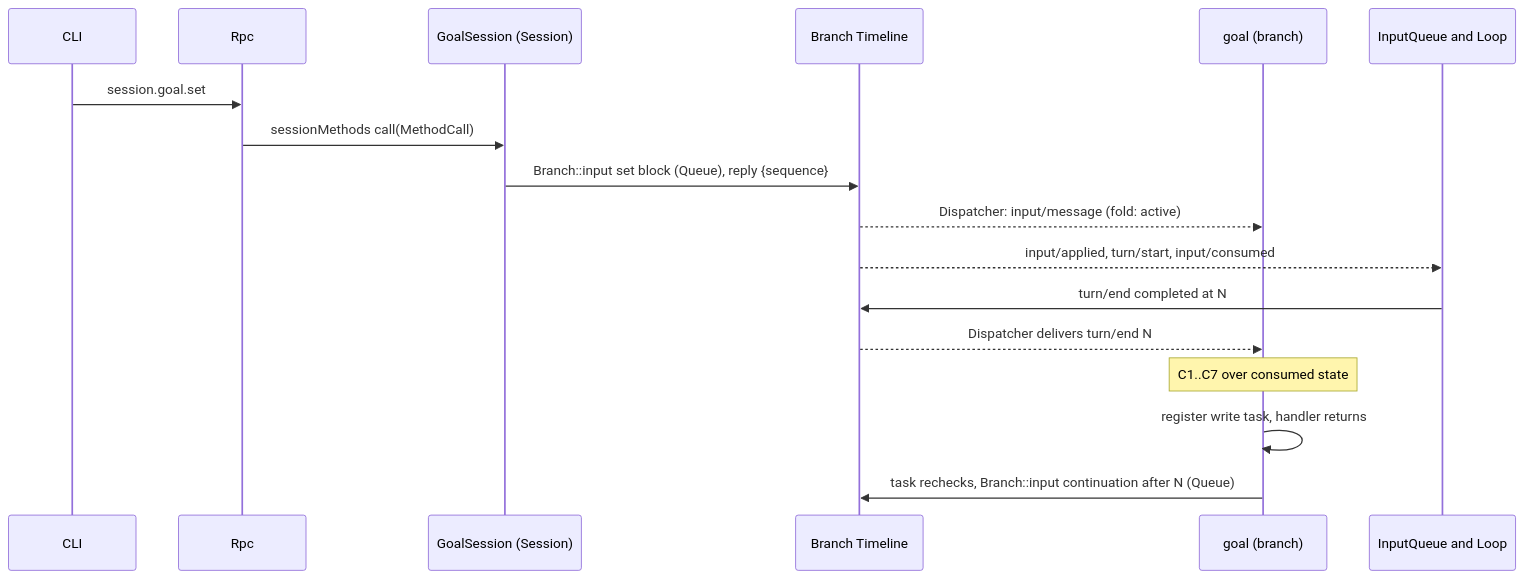
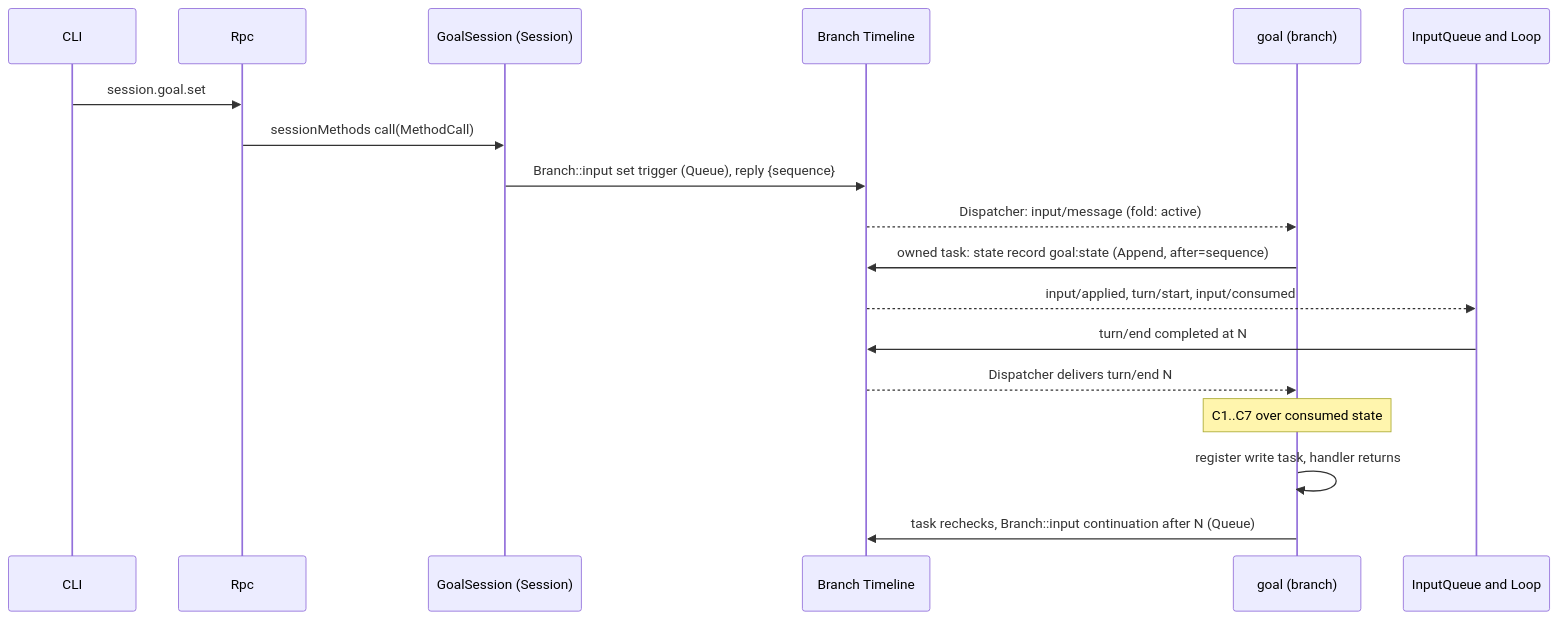
Before and after one commit to CoutinhoTTS/dim-agent: the third of 7 diagrams in docs/design/plugins/Goal.md, drawn with Mermaid. The commit also changed other lines of this file and 23 other files, not shown here.

````diff
--- a/docs/design/plugins/Goal.md
+++ b/docs/design/plugins/Goal.md
@@ -111,19 +118,20 @@
 ```mermaid
 sequenceDiagram
   participant CLI
   participant Rpc
   participant GS as GoalSession (Session)
   participant TL as Branch Timeline
   participant G as goal (branch)
   participant IQ as InputQueue and Loop
   CLI->>Rpc: session.goal.set
   Rpc->>GS: sessionMethods call(MethodCall)
-  GS->>TL: Branch::input set block (Queue), reply {sequence}
+  GS->>TL: Branch::input set trigger (Queue), reply {sequence}
   TL-->>G: Dispatcher: input/message (fold: active)
+  G->>TL: owned task: state record goal:state (Append, after=sequence)
   TL-->>IQ: input/applied, turn/start, input/consumed
   IQ->>TL: turn/end completed at N
   TL-->>G: Dispatcher delivers turn/end N
   Note over G: C1..C7 over consumed state
   G->>G: register write task, handler returns
   G->>TL: task rechecks, Branch::input continuation after N (Queue)
 ```
````
